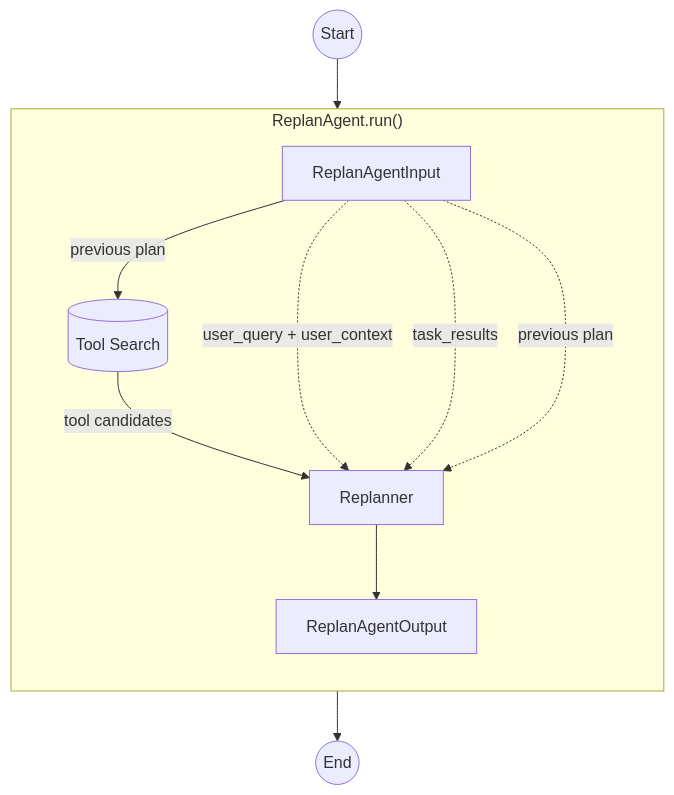
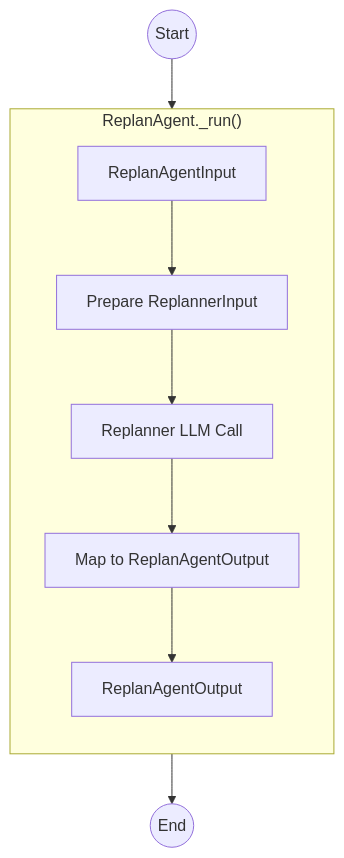
The fourth of 4 diagrams in docs/DEVELOPMENT.md (fidemin/easylocai), drawn with Mermaid before and after one commit. The commit also changed other lines of this file, not shown here.

````diff
--- a/docs/DEVELOPMENT.md
+++ b/docs/DEVELOPMENT.md
@@ -122,21 +115,23 @@
 ```mermaid
 graph TD
+    %% Input Node
     Start((Start)) --> Input[ReplanAgentInput]
 
-    subgraph ReplanAgent ["ReplanAgent.run()"]
+    %% Internal Processing Sequence
+    subgraph ReplanAgent ["ReplanAgent._run()"]
         direction TB
        
-        Input --> |previous plan| Search[(Tool Search)]
+        Input --> Prep[Prepare ReplannerInput]
         
-        Search -->|tool candidates| Replan[Replanner]
+        %% Core Logic
+        Prep --> ReplannerCall[Replanner LLM Call]
         
-        %% Mapping Multiple Inputs to Replanner
-        Input -.-> |user_query + user_context| Replan
-        Input -.-> |task_results| Replan
-        Input -.-> |previous plan| Replan
-
-        Replan --> Out[ReplanAgentOutput]
+        %% Output Mapping
+        ReplannerCall --> MapOutput[Map to ReplanAgentOutput]
+        
+        MapOutput --> Out[ReplanAgentOutput]
     end
 
+    %% Final Output
     Out --> End((End))
 ```
````
